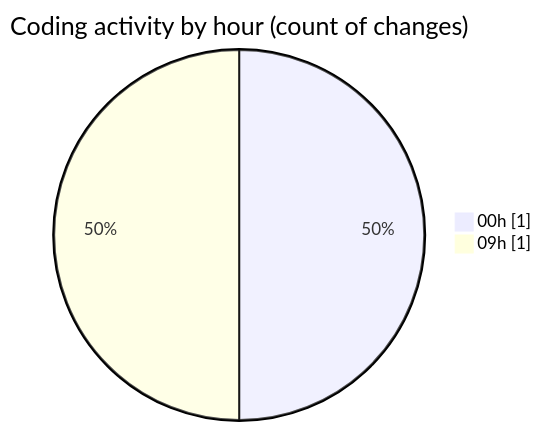
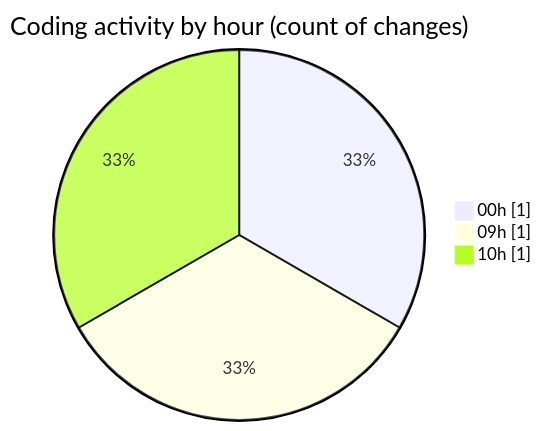
One commit to momahboobian/code-tracking changed the second of 2 diagrams in 2025-05-22/cda/README.md. Above: the diagram before and after it, drawn with Mermaid. The commit also changed other lines of this file and 1 other file, not shown here.

````diff
--- a/2025-05-22/cda/README.md
+++ b/2025-05-22/cda/README.md
@@ -28,6 +30,7 @@
 ```mermaid
 pie showData
 title Coding activity by hour (count of changes)
 "00h" : 1
 "09h" : 1
+"10h" : 1
 ```
````
